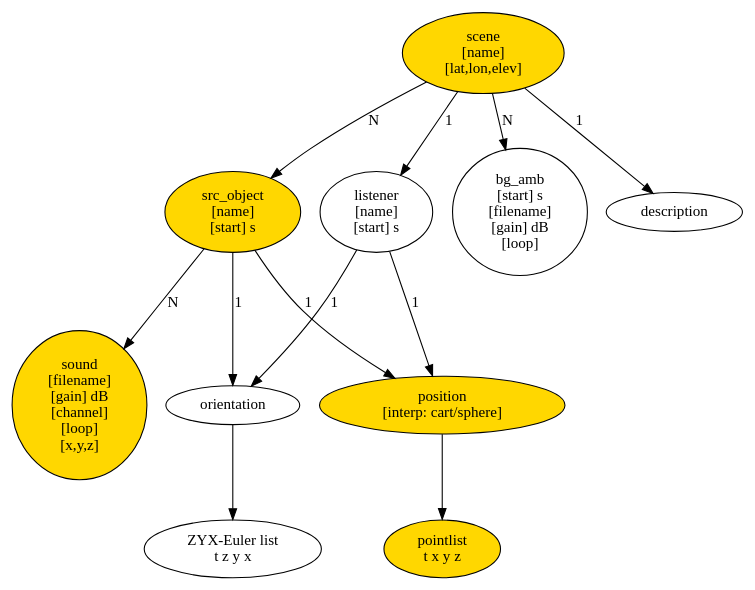
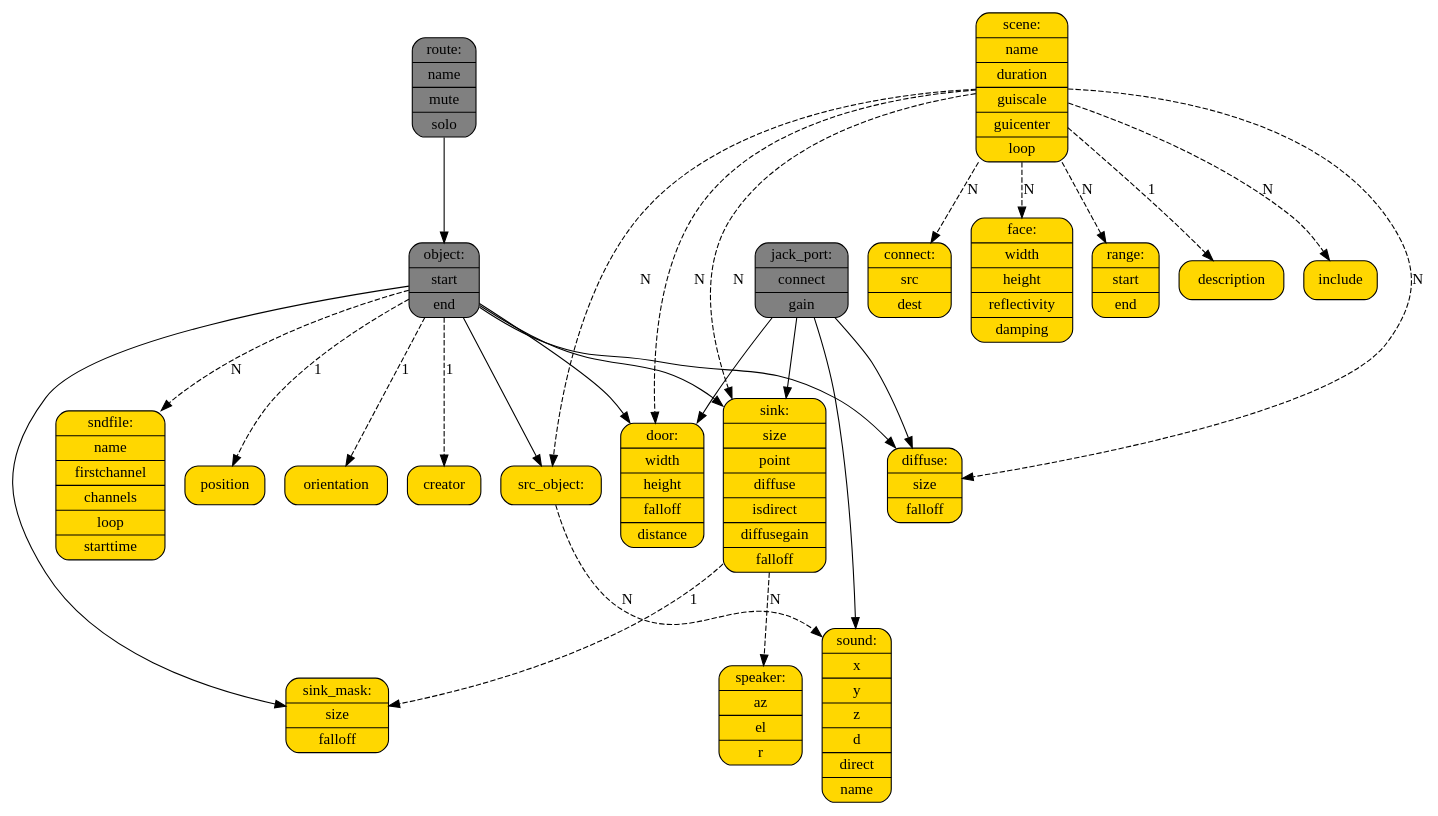
Before and after one commit to HoerTech-gGmbH/tascar: the diagram in doc/filestructure.dot, drawn with Graphviz. The commit also changed 3 other files, not shown here.

```diff
--- a/doc/filestructure.dot
+++ b/doc/filestructure.dot
@@ -1,52 +1,72 @@
 digraph ap {
   //ranksep = 2.5;
   //splines = true;
+  node [
+	shape = "Mrecord",
+	style = "filled",
+	fillcolor = "gold"
+	];
 
-  scene [label="scene\n[name]\n[lat,lon,elev]",style="filled",fillcolor="gold"];
-  source [label="src_object\n[name]\n[start] s",style="filled",fillcolor="gold"];
-  //sound [label="sound\n[filename]\n[gain] dB\n[channel]\n[loop]\n[x,y,z]",style="filled",fillcolor="gold"];
-  sound [label="sound\n[filename]\n[gain] dB\n[channel]\n[loop]\n[x,y,z]",style="filled",fillcolor="gold"];
-  bg_amb [label="bg_amb\n[start] s\n[filename]\n[gain] dB\n[loop]"];
-  //bg_bin [label="bg_bin\n[start] s\n[filename]\n[gain] dB\n[loop]"];
-  //geoloc [label="geoloc\n[az,el,h]"];
-  //pointlist [label="pointlist\nt x y (z alpha beta gamma)",style="filled",fillcolor="gold"];
-  pointlist [label="pointlist\nt x y z",style="filled",fillcolor="gold"];
-  //position [label="position\n[interp: cart/sphere]\n[orientation: global/tangent]",style="filled",fillcolor="gold"];
-  position [label="position\n[interp: cart/sphere]",style="filled",fillcolor="gold"];
-  listener [label="listener\n[name]\n[start] s"];
-  eulerlist [label="ZYX-Euler list\nt z y x"];
-  //reflection_object [label="reflection_object\n[name]\n[start] s\n[absorption]\n[size]"];
+  {
+    rank = "min";
+    scene;
+  }
 
-  //scene -> reflection_object [label="N"];
+  route [label="{route:|name|mute|solo}",fillcolor="gray"];
+  object [label="{object:|start|end}",fillcolor="gray"];
+  src_diffuse [label="{diffuse:|size|falloff}"];
+  src_door [label="{door:|width|height|falloff|distance}"];
+  sound [label="{sound:|x|y|z|d|direct|name}"];
+  jack_port [label="{jack_port:|connect|gain}",fillcolor="gray"];
+  sink_mask [label="{sink_mask:|size|falloff}"];
+  sink_object [label="{sink:|size|point|diffuse|isdirect|diffusegain|falloff}"];
+  speaker [label="{speaker:|az|el|r}"];
+  src_object [label="{src_object:}"];
+  scene [label="{scene:|name|duration|guiscale|guicenter|loop}"];
+  connect [label="{connect:|src|dest}"];
+  face [label="{face:|width|height|reflectivity|damping}"];
+  range [label="{range:|start|end}"];
+  sndfile [label="{sndfile:|name|firstchannel|channels|loop|starttime}"];
 
+  /*
+   * Inheritance:
+   */
+  object -> src_object;
+  route -> object;
+  object -> src_diffuse;
+  jack_port -> src_diffuse;
+  object -> src_door;
+  jack_port -> src_door;
+  jack_port -> sound;
+  object -> sink_mask;
+  object -> sink_object;
+  jack_port -> sink_object;
 
-  //scene -> geoloc [label="1"];
-  scene -> bg_amb [label="N"];
-  scene -> description [label="1"];
-  //scene -> bg_bin [label="N"];
-  scene -> listener [label="1"];
-  scene -> source [label="N"];
-  source -> position [label="1"];
-  source -> sound [label="N"];
-  //source -> sound [label="1"];
-  source -> orientation [label="1"];
-  listener -> position [label="1"];
-  //reflection_object -> position [label="1"];
-  position -> pointlist;
-  //position -> pointlist [label="1"];
-  //position -> trackfile;
-  //trackfile -> gpx_file;
-  //trackfile -> csv_file;
-  //position -> transform;
-  //position -> velocity;
-  listener -> orientation [label="1"];
-  orientation -> eulerlist;
+  /*
+   * Sub-nodes:
+   */
+  src_object -> sound [style="dashed",label="N"];
+  sink_object -> speaker [style="dashed",label="N"];
+  sink_object -> sink_mask [style="dashed",label="1"];
+  scene -> description [style="dashed",label="1"];
+  scene -> src_object [style="dashed",label="N"];
+  scene -> src_door [style="dashed",label="N"];
+  scene -> src_diffuse [style="dashed",label="N"];
+  scene -> sink_object [style="dashed",label="N"];
+  scene -> face [style="dashed",label="N"];
+  scene -> range [style="dashed",label="N"];
+  scene -> connect [style="dashed",label="N"];
+  scene -> include [style="dashed",label="N"];
+  object -> position [style="dashed",label="1"];
+  object -> orientation [style="dashed",label="1"];
+  object -> creator [style="dashed",label="1"];
+  object -> sndfile [style="dashed",label="N"];
 
 }
 
 /*
  * Local Variables:
  * mode: c
  * c-basic-offset: 2
  * End:
  */
```
